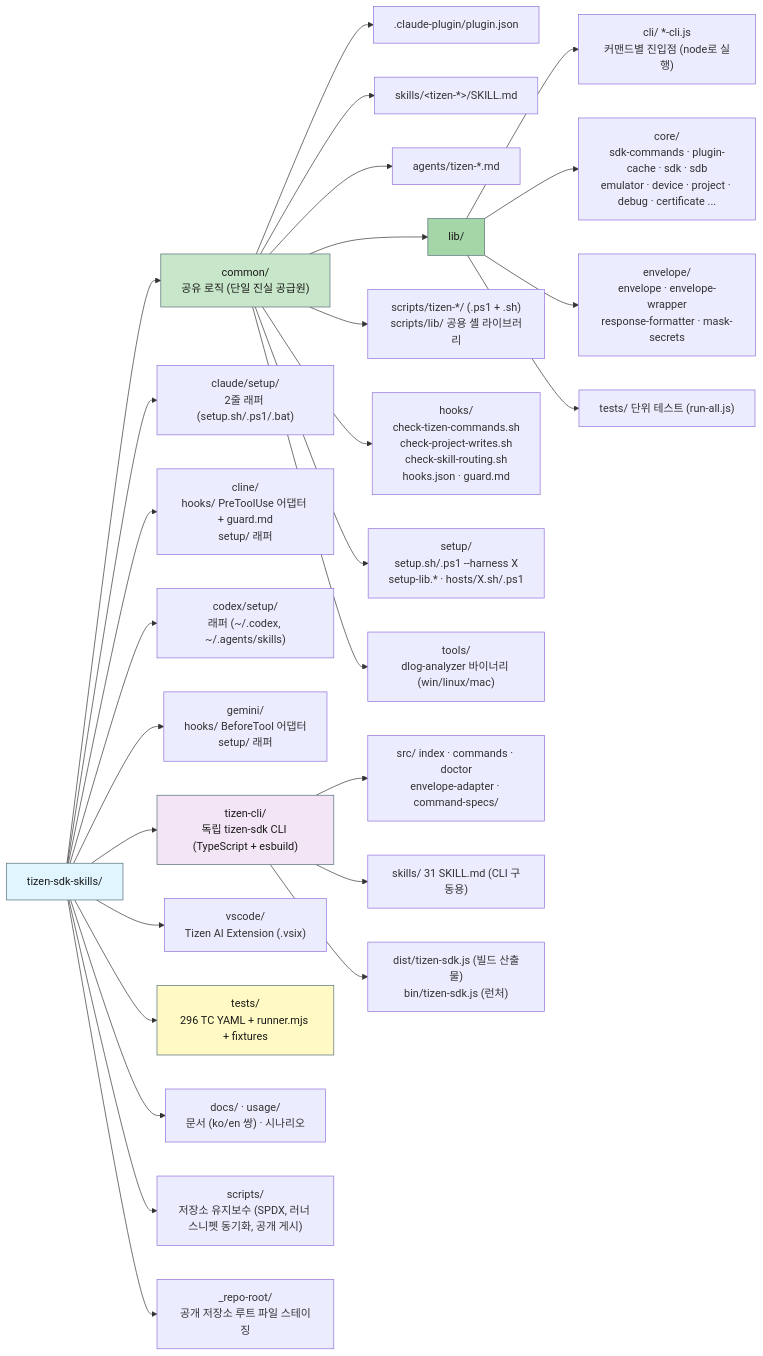
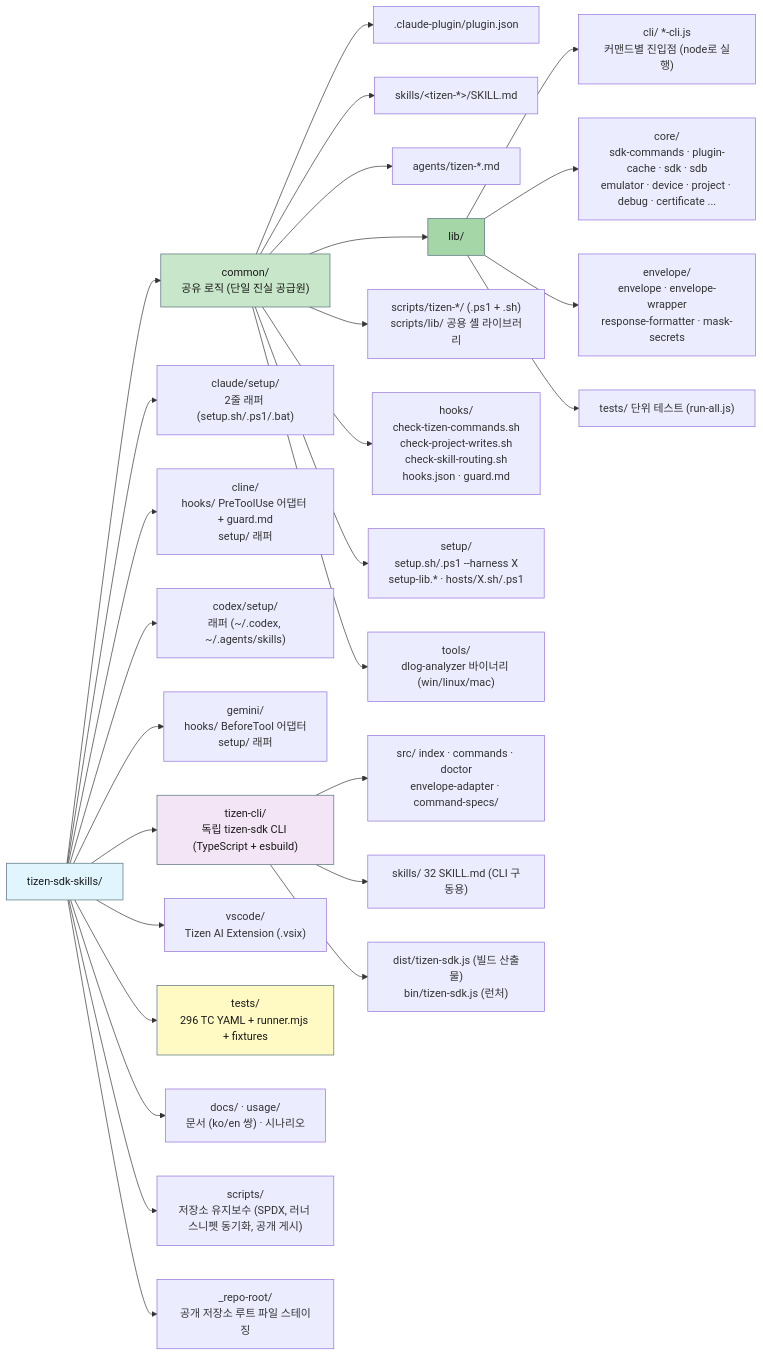
Before and after one commit to Samsung/tizen-agent-skills: the second of 10 diagrams in tizen-sdk-skills/docs/ARCHITECTURE_DIAGRAMS.md, drawn with Mermaid. The commit also changed 12 other files, not shown here.

````diff
--- a/tizen-sdk-skills/docs/ARCHITECTURE_DIAGRAMS.md
+++ b/tizen-sdk-skills/docs/ARCHITECTURE_DIAGRAMS.md
@@ -77,40 +77,40 @@
 ```mermaid
 graph LR
     ROOT["tizen-sdk-skills/"]
 
     ROOT --> COMMON["common/<br/>공유 로직 (단일 진실 공급원)"]
     ROOT --> CLAUDE["claude/setup/<br/>2줄 래퍼 (setup.sh/.ps1/.bat)"]
     ROOT --> CLINE["cline/<br/>hooks/ PreToolUse 어댑터 + guard.md<br/>setup/ 래퍼"]
     ROOT --> CODEX["codex/setup/<br/>래퍼 (~/.codex, ~/.agents/skills)"]
     ROOT --> GEMINI["gemini/<br/>hooks/ BeforeTool 어댑터<br/>setup/ 래퍼"]
     ROOT --> TCLI["tizen-cli/<br/>독립 tizen-sdk CLI (TypeScript + esbuild)"]
     ROOT --> VSC["vscode/<br/>Tizen AI Extension (.vsix)"]
     ROOT --> TESTS["tests/<br/>296 TC YAML + runner.mjs + fixtures"]
     ROOT --> DOCS["docs/ · usage/<br/>문서 (ko/en 쌍) · 시나리오"]
     ROOT --> SCR["scripts/<br/>저장소 유지보수 (SPDX, 러너 스니펫 동기화, 공개 게시)"]
     ROOT --> REPOROOT["_repo-root/<br/>공개 저장소 루트 파일 스테이징"]
 
     COMMON --> C_PLUGIN[".claude-plugin/plugin.json"]
     COMMON --> C_SKILLS["skills/&lt;tizen-*&gt;/SKILL.md"]
     COMMON --> C_AGENTS["agents/tizen-*.md"]
     COMMON --> C_LIB["lib/"]
     COMMON --> C_SCRIPTS["scripts/tizen-*/ (.ps1 + .sh)<br/>scripts/lib/ 공용 셸 라이브러리"]
     COMMON --> C_HOOKS["hooks/<br/>check-tizen-commands.sh<br/>check-project-writes.sh<br/>check-skill-routing.sh<br/>hooks.json · guard.md"]
     COMMON --> C_SETUP["setup/<br/>setup.sh/.ps1 --harness X<br/>setup-lib.* · hosts/X.sh/.ps1"]
     COMMON --> C_TOOLS["tools/<br/>dlog-analyzer 바이너리 (win/linux/mac)"]
 
     C_LIB --> L_CLI["cli/ *-cli.js<br/>커맨드별 진입점 (node로 실행)"]
     C_LIB --> L_CORE["core/<br/>sdk-commands · plugin-cache · sdk · sdb<br/>emulator · device · project · debug · certificate ..."]
     C_LIB --> L_ENV["envelope/<br/>envelope · envelope-wrapper<br/>response-formatter · mask-secrets"]
     C_LIB --> L_TESTS["tests/ 단위 테스트 (run-all.js)"]
 
     TCLI --> T_SRC["src/ index · commands · doctor<br/>envelope-adapter · command-specs/"]
-    TCLI --> T_SKILLS["skills/ 31 SKILL.md (CLI 구동용)"]
+    TCLI --> T_SKILLS["skills/ 32 SKILL.md (CLI 구동용)"]
     TCLI --> T_DIST["dist/tizen-sdk.js (빌드 산출물)<br/>bin/tizen-sdk.js (런처)"]
 
     style ROOT fill:#e1f5fe,stroke:#546e7a,color:#1a1a1a
     style COMMON fill:#c8e6c9,stroke:#546e7a,color:#1a1a1a
     style C_LIB fill:#a5d6a7,stroke:#546e7a,color:#1a1a1a
     style TCLI fill:#f3e5f5,stroke:#546e7a,color:#1a1a1a
     style TESTS fill:#fff9c4,stroke:#546e7a,color:#1a1a1a
 ```
````
